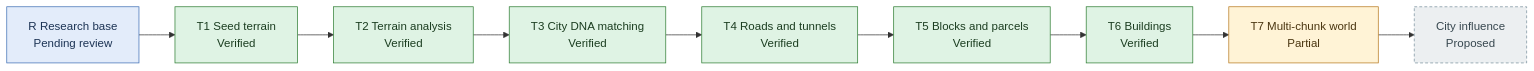
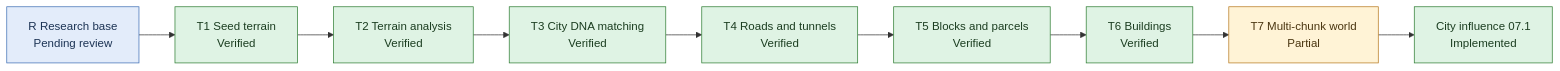
The fourth of 5 diagrams in docs/procedural-mini-world/README.md (Peterrr294/Peter_Chen_Gamingggg), drawn with Mermaid before and after one commit. The commit also changed other lines of this file and 14 other files, not shown here.

````diff
--- a/docs/procedural-mini-world/README.md
+++ b/docs/procedural-mini-world/README.md
@@ -97,23 +184,23 @@
 ```mermaid
 flowchart LR
   R["R Research base<br/>Pending review"]
   T1["T1 Seed terrain<br/>Verified"]
   T2["T2 Terrain analysis<br/>Verified"]
   T3["T3 City DNA matching<br/>Verified"]
   T4["T4 Roads and tunnels<br/>Verified"]
   T5["T5 Blocks and parcels<br/>Verified"]
   T6["T6 Buildings<br/>Verified"]
   T7["T7 Multi-chunk world<br/>Partial"]
-  CI["City influence<br/>Proposed"]
+  CI["City influence 07.1<br/>Implemented"]
 
   R --> T1 --> T2 --> T3 --> T4 --> T5 --> T6 --> T7 --> CI
 
   classDef verified fill:#dff3e4,stroke:#2e7d32,color:#1b3d20
   classDef partial fill:#fff3d6,stroke:#b7791f,color:#4a3510
   classDef proposed fill:#eceff1,stroke:#78909c,color:#37474f,stroke-dasharray:4 3
   classDef review fill:#e3ecfa,stroke:#3f6fb5,color:#1c3354
   class T1,T2,T3,T4,T5,T6 verified
   class T7 partial
-  class CI proposed
+  class CI verified
   class R review
 ```
````
